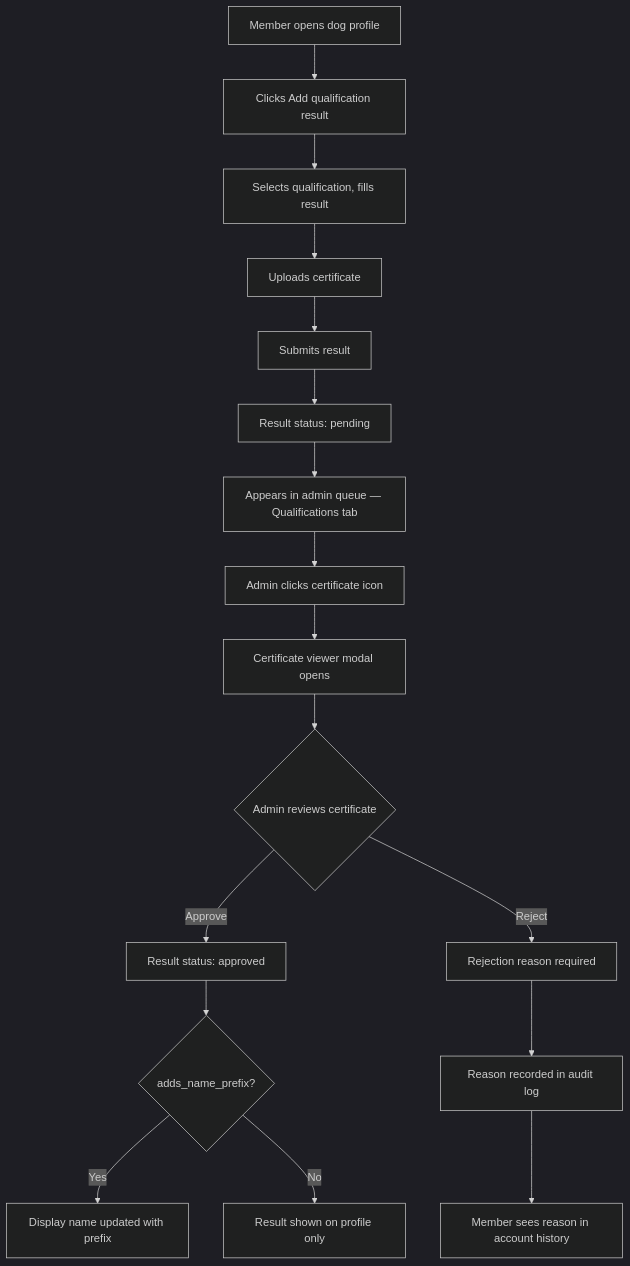
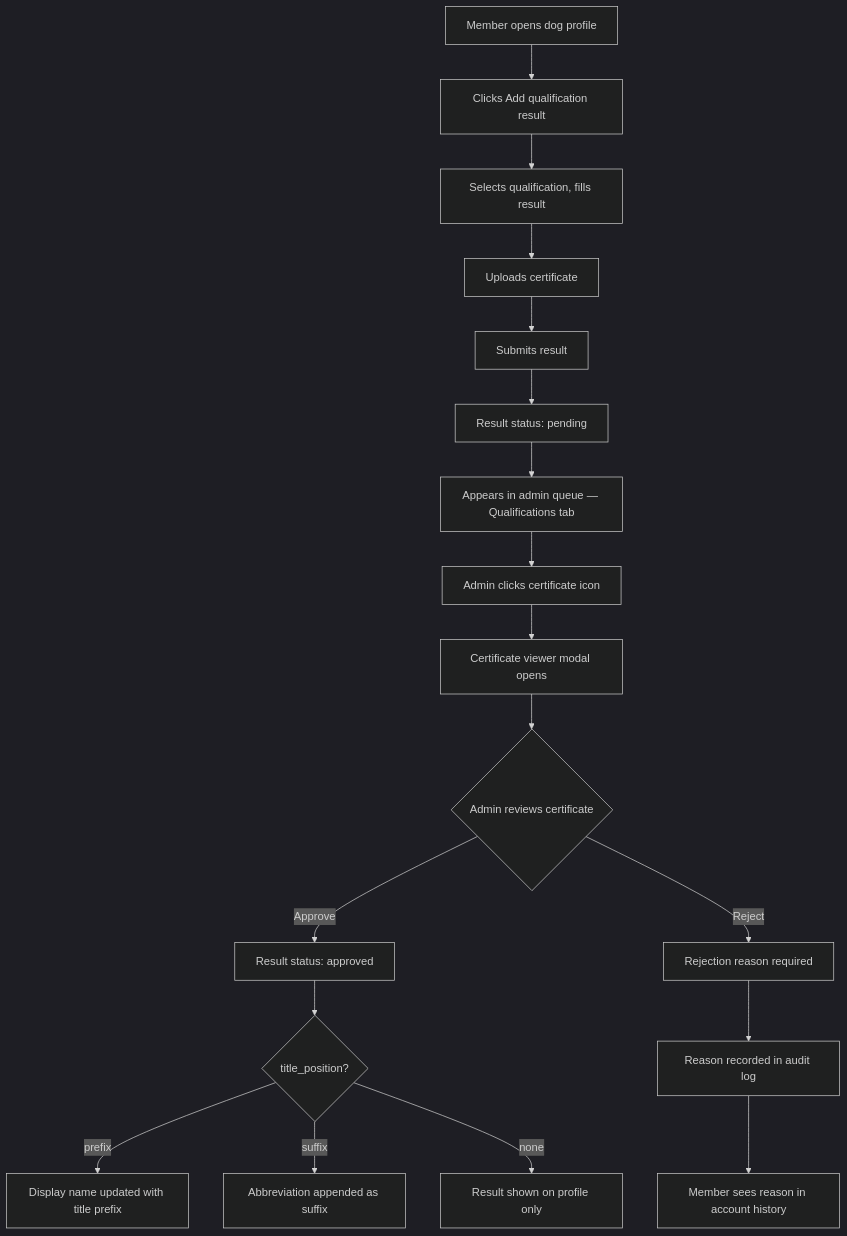
Before and after one commit to openworldza/hpr-docs: the third of 6 diagrams in docs/flow.md, drawn with Mermaid (dark theme). The commit also changed other lines of this file and 6 other files, not shown here.

````diff
--- a/docs/flow.md
+++ b/docs/flow.md
@@ -61,19 +61,20 @@
 ```mermaid
 flowchart TD
     A[Member opens dog profile] --> B[Clicks Add qualification result]
     B --> C[Selects qualification, fills result]
     C --> D[Uploads certificate]
     D --> E[Submits result]
     E --> F[Result status: pending]
     F --> G[Appears in admin queue — Qualifications tab]
     G --> H[Admin clicks certificate icon]
     H --> I[Certificate viewer modal opens]
     I --> J{Admin reviews certificate}
     J -->|Approve| K[Result status: approved]
     J -->|Reject| L[Rejection reason required]
-    K --> M{adds_name_prefix?}
-    M -->|Yes| N[Display name updated with prefix]
-    M -->|No| O[Result shown on profile only]
+    K --> M{title_position?}
+    M -->|prefix| N[Display name updated with title prefix]
+    M -->|suffix| N2[Abbreviation appended as suffix]
+    M -->|none| O[Result shown on profile only]
     L --> P[Reason recorded in audit log]
     P --> Q[Member sees reason in account history]
 ```
````
